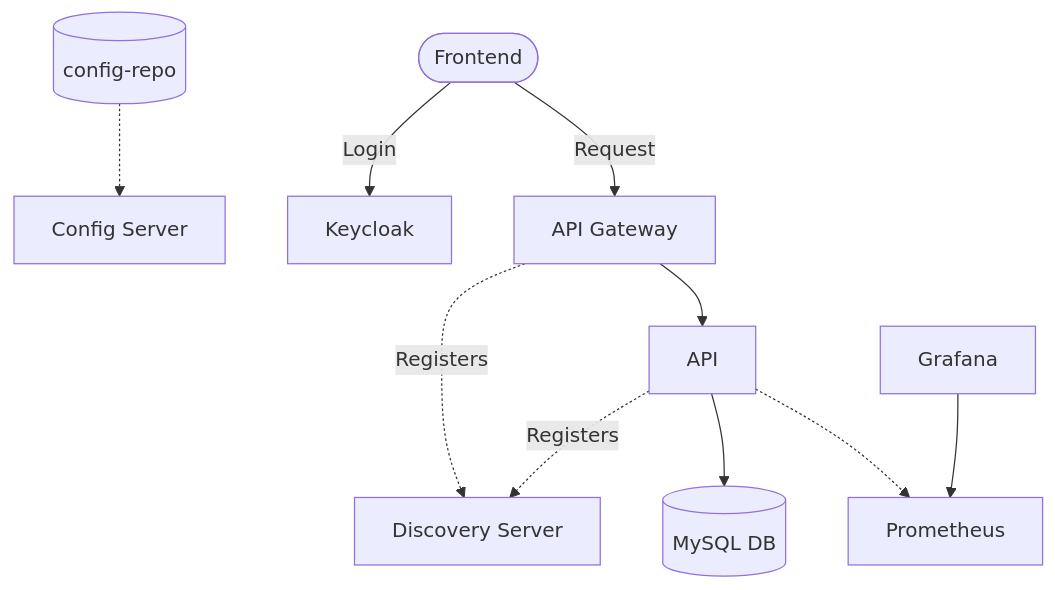
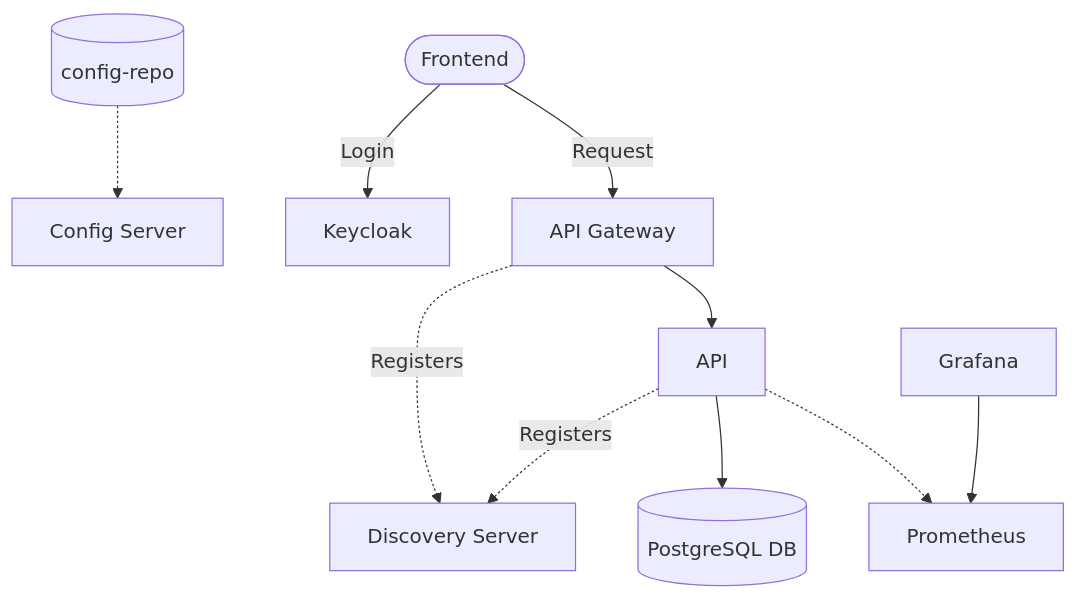
The diagram in README.md (juanmorschrott/api-rest), drawn with Mermaid before and after one commit. The commit also changed 7 other files, not shown here.

Commit message:
Migrate to PostgreSQL

````diff
--- a/README.md
+++ b/README.md
@@ -25,17 +25,17 @@
 ```mermaid
 graph TD
     ConfigStore[(config-repo)] -.-> Config[Config Server]
 
     Client([Frontend])
     Client -- "Login" --> Keycloak[Keycloak]
     Client -- "Request" --> Gateway[API Gateway]
 
     Gateway -.-> |Registers| Discovery[Discovery Server]
     Gateway --> API[API]
     
     API -.-> |Registers| Discovery
-    API --> DB[(MySQL DB)]
+    API --> DB[(PostgreSQL DB)]
     
     API -.-> Prometheus[Prometheus]
     Grafana[Grafana] --> Prometheus
 ```
````
